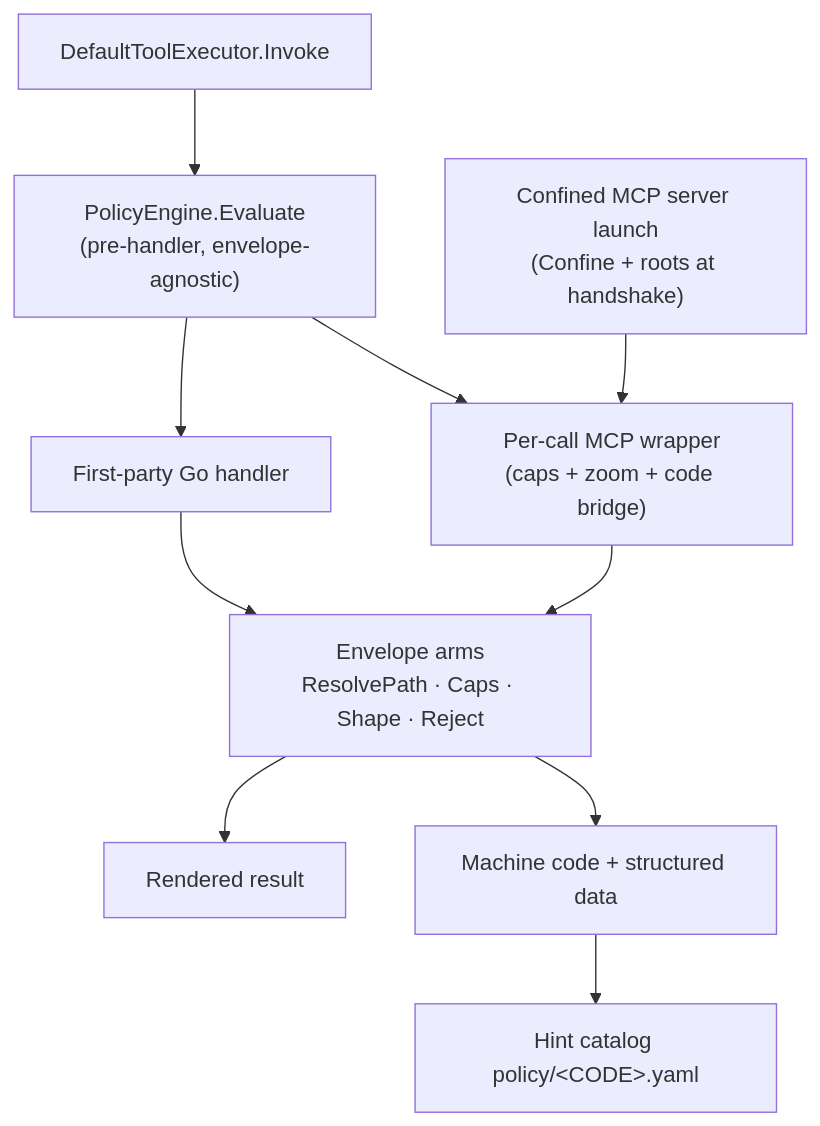
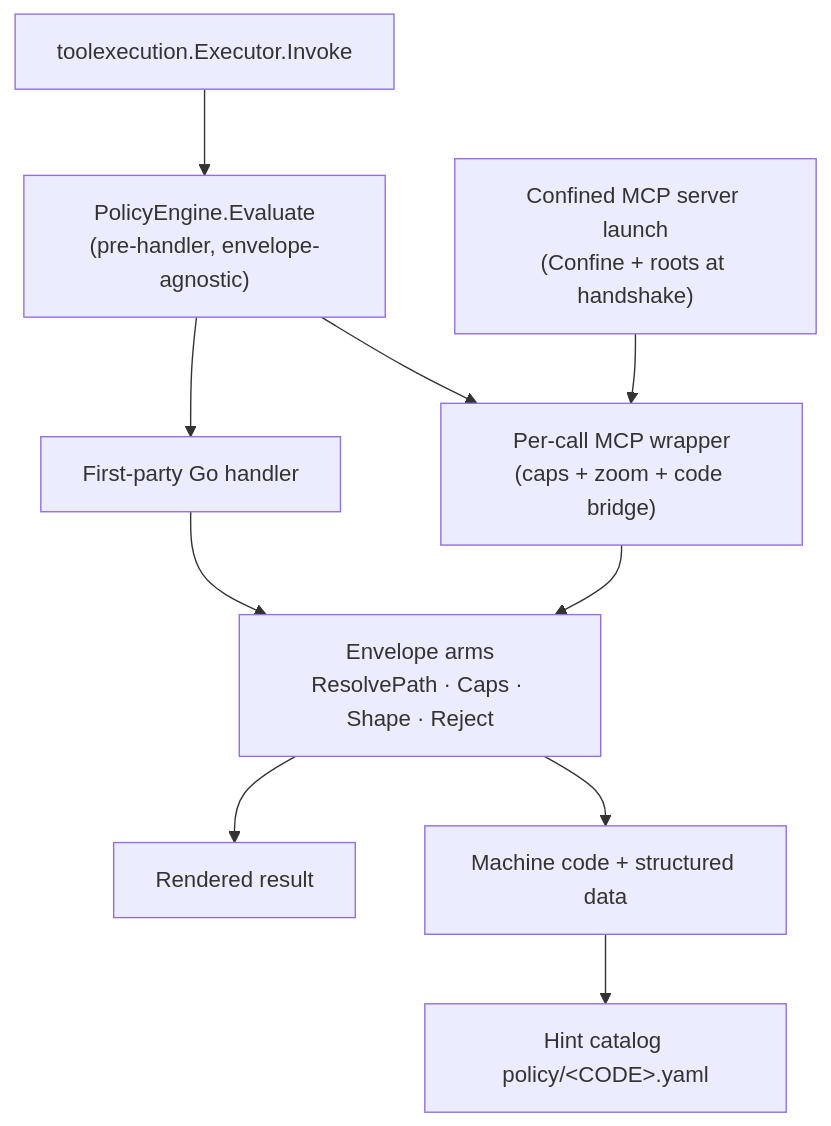
One commit to paintedwolf-ai/paintedwolf-code changed the diagram in docs/adding-tools.md. Above: the diagram before and after it, drawn with Mermaid. The commit also changed other lines of this file and 28 other files, not shown here.

Commit message:
Record reviewed boundaries and reconcile historical architecture concerns

````diff
--- a/docs/adding-tools.md
+++ b/docs/adding-tools.md
@@ -20,12 +20,12 @@
 ```mermaid
 flowchart TD
-    invoke["DefaultToolExecutor.Invoke"] --> gate["PolicyEngine.Evaluate<br/>(pre-handler, envelope-agnostic)"]
+    invoke["toolexecution.Executor.Invoke"] --> gate["PolicyEngine.Evaluate<br/>(pre-handler, envelope-agnostic)"]
     gate --> native["First-party Go handler"]
     gate --> wrap["Per-call MCP wrapper<br/>(caps + zoom + code bridge)"]
     launch["Confined MCP server launch<br/>(Confine + roots at handshake)"] --> wrap
     native --> arms["Envelope arms<br/>ResolvePath · Caps · Shape · Reject"]
     wrap --> arms
     arms --> ok["Rendered result"]
     arms --> rej["Machine code + structured data"]
     rej --> hints["Hint catalog policy/&lt;CODE&gt;.yaml"]
 ```
````
